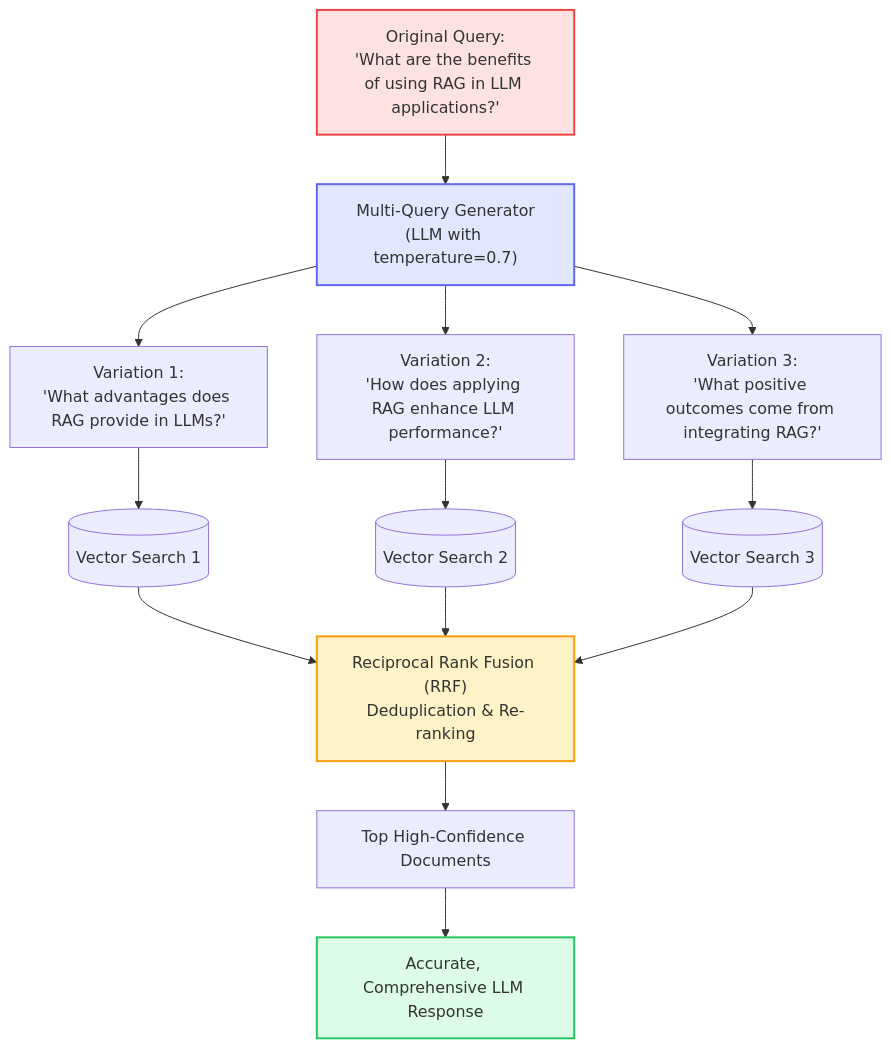
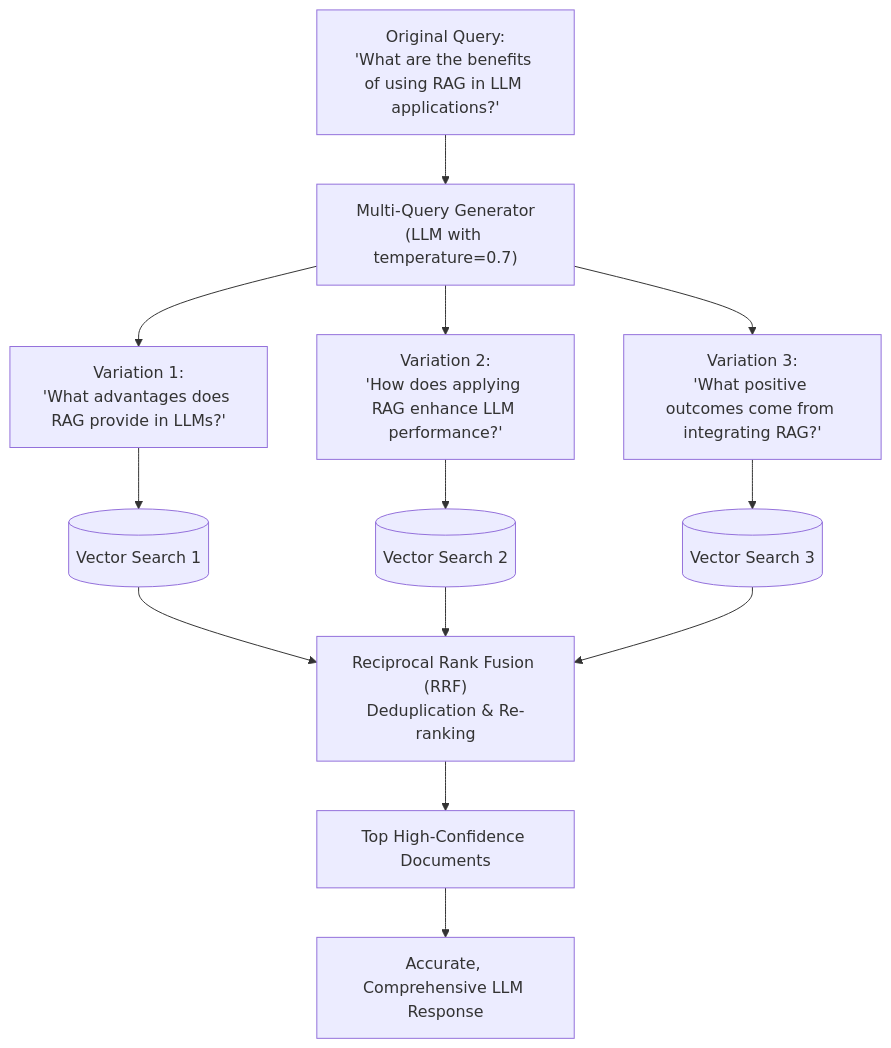
One commit to d-hackmt/query-transformations changed the diagram in docs/04_multi_query_generation.md. Above: the diagram before and after it, drawn with Mermaid. The commit also changed 9 other files, not shown here.

Commit message:
style: remove hardcoded colors from all mermaid diagrams for clean native theme rendering

````diff
--- a/docs/04_multi_query_generation.md
+++ b/docs/04_multi_query_generation.md
@@ -25,24 +25,20 @@
 ```mermaid
 flowchart TD
     UserQ["Original Query:<br/>'What are the benefits of using RAG in LLM applications?'"] --> LLM["Multi-Query Generator<br/>(LLM with temperature=0.7)"]
     
     LLM --> V1["Variation 1:<br/>'What advantages does RAG provide in LLMs?'"]
     LLM --> V2["Variation 2:<br/>'How does applying RAG enhance LLM performance?'"]
     LLM --> V3["Variation 3:<br/>'What positive outcomes come from integrating RAG?'"]
     
     V1 --> Ret1[("Vector Search 1")]
     V2 --> Ret2[("Vector Search 2")]
     V3 --> Ret3[("Vector Search 3")]
     
     Ret1 --> RRF["Reciprocal Rank Fusion (RRF)<br/>Deduplication & Re-ranking"]
     Ret2 --> RRF
     Ret3 --> RRF
     
     RRF --> TopDocs["Top High-Confidence Documents"]
     TopDocs --> FinalLLM["Accurate, Comprehensive LLM Response"]
     
-    style UserQ fill:#fee2e2,stroke:#ef4444,stroke-width:2px
-    style LLM fill:#e0e7ff,stroke:#6366f1,stroke-width:2px
-    style RRF fill:#fef3c7,stroke:#f59e0b,stroke-width:2px
-    style FinalLLM fill:#dcfce7,stroke:#22c55e,stroke-width:2px
 ```
````
